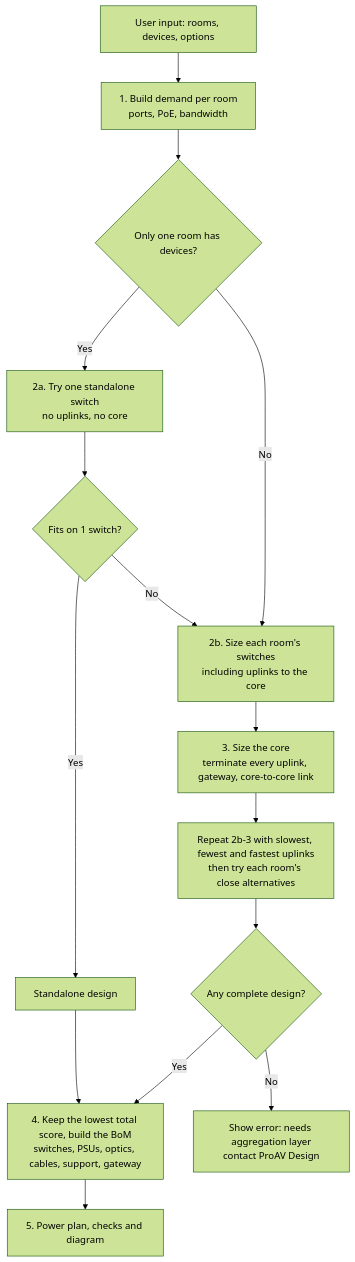
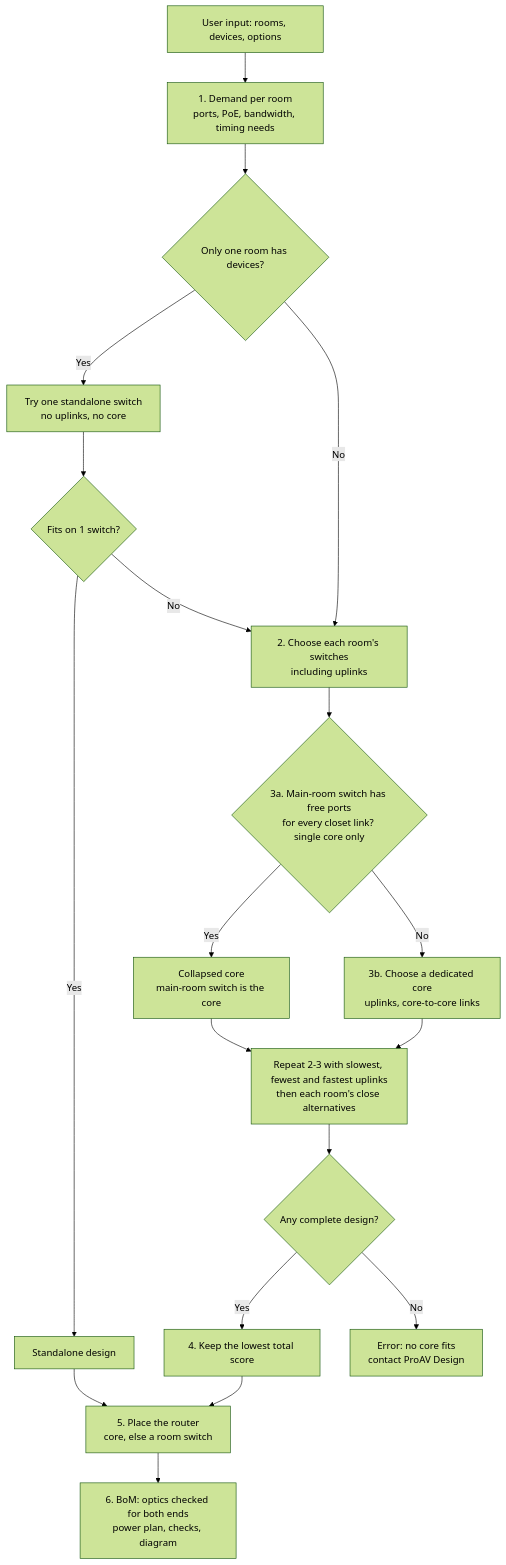
Before and after one commit to MichaelDNTGR/ntgr-bom-public: the first of 5 diagrams in docs/design-logic.md, drawn with Mermaid (forest theme). The commit also changed other lines of this file and 1 other file, not shown here.

First line of the commit message:
Update design flowcharts and add an overview diagram to the README

````diff
--- a/docs/design-logic.md
+++ b/docs/design-logic.md
@@ -7,17 +7,21 @@
 ```mermaid
 flowchart TD
-    A["User input: rooms, devices, options"] --> B["1. Build demand per room<br/>ports, PoE, bandwidth"]
+    A["User input: rooms, devices, options"] --> B["1. Demand per room<br/>ports, PoE, bandwidth, timing needs"]
     B --> C{"Only one room has devices?"}
-    C -- Yes --> D["2a. Try one standalone switch<br/>no uplinks, no core"]
+    C -- Yes --> D["Try one standalone switch<br/>no uplinks, no core"]
     D --> E{"Fits on 1 switch?"}
     E -- Yes --> S["Standalone design"]
     E -- No --> F
-    C -- No --> F["2b. Size each room's switches<br/>including uplinks to the core"]
-    F --> G["3. Size the core<br/>terminate every uplink, gateway, core-to-core link"]
-    G --> I["Repeat 2b-3 with slowest, fewest and fastest uplinks<br/>then try each room's close alternatives"]
+    C -- No --> F["2. Choose each room's switches<br/>including uplinks"]
+    F --> G{"3a. Main-room switch has free ports<br/>for every closet link? single core only"}
+    G -- Yes --> CC["Collapsed core<br/>main-room switch is the core"]
+    G -- No --> G2["3b. Choose a dedicated core<br/>uplinks, core-to-core links"]
+    CC --> I
+    G2 --> I["Repeat 2-3 with slowest, fewest and fastest uplinks<br/>then each room's close alternatives"]
     I --> H{"Any complete design?"}
-    H -- Yes --> J["4. Keep the lowest total score, build the BoM<br/>switches, PSUs, optics, cables, support, gateway"]
-    H -- No --> X["Show error: needs aggregation layer<br/>contact ProAV Design"]
-    S --> J
-    J --> K["5. Power plan, checks and diagram"]
+    H -- Yes --> J["4. Keep the lowest total score"]
+    H -- No --> X["Error: no core fits<br/>contact ProAV Design"]
+    S --> R
+    J --> R["5. Place the router<br/>core, else a room switch"]
+    R --> K["6. BoM: optics checked for both ends<br/>power plan, checks, diagram"]
 ```
````
